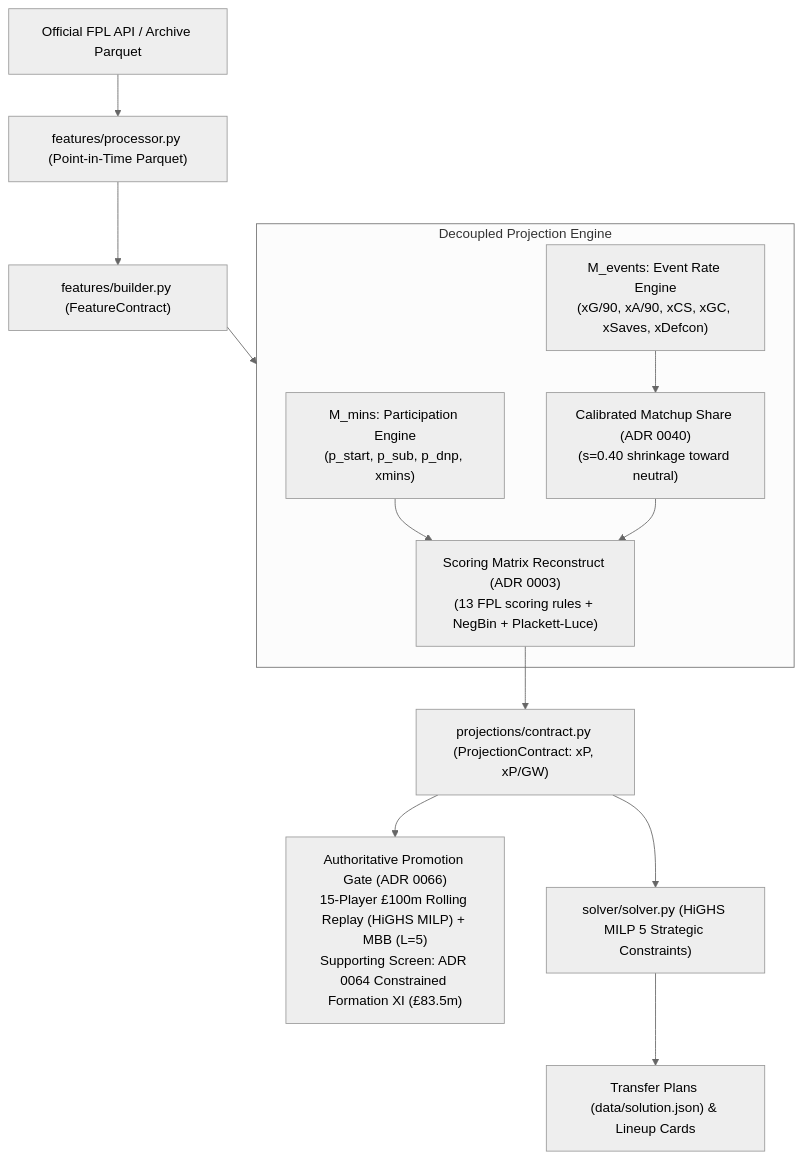
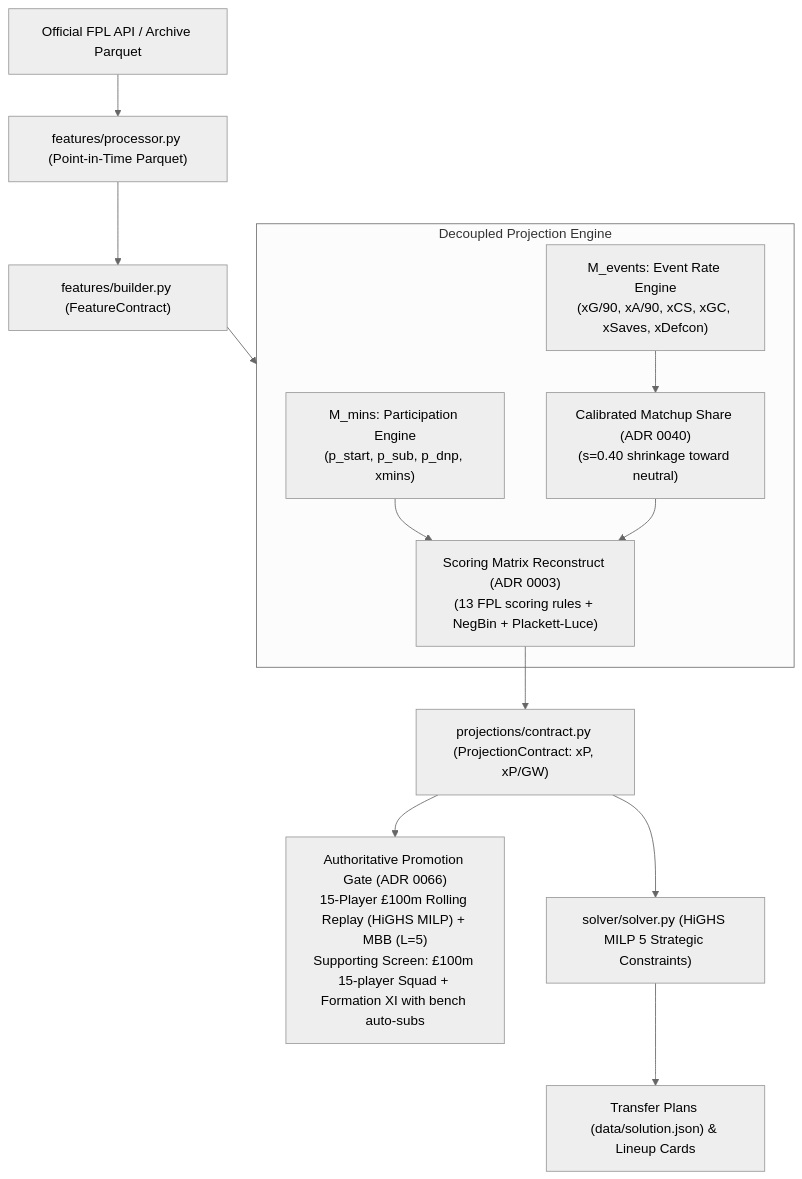
The diagram in docs/research/candidate-ideation/candidate_model_ideation_prompt.md (JubileeZ/fpl-jubilee-ascent), drawn with Mermaid (neutral theme) before and after one commit. The commit also changed other lines of this file and 25 other files, not shown here.

````diff
--- a/docs/research/candidate-ideation/candidate_model_ideation_prompt.md
+++ b/docs/research/candidate-ideation/candidate_model_ideation_prompt.md
@@ -167,21 +167,21 @@
 ```mermaid
 flowchart TD
     API["Official FPL API / Archive Parquet"] --> Processor["features/processor.py (Point-in-Time Parquet)"]
     Processor --> Features["features/builder.py (FeatureContract)"]
     Features --> Decoupled["Decoupled Projection Architecture"]
     
     subgraph Decoupled ["Decoupled Projection Engine"]
         Mins["M_mins: Participation Engine\n(p_start, p_sub, p_dnp, xmins)"]
         Events["M_events: Event Rate Engine\n(xG/90, xA/90, xCS, xGC, xSaves, xDefcon)"]
         Matchup["Calibrated Matchup Share (ADR 0040)\n(s=0.40 shrinkage toward neutral)"]
         Matrix["Scoring Matrix Reconstruct (ADR 0003)\n(13 FPL scoring rules + NegBin + Plackett-Luce)"]
         
         Mins --> Matrix
         Events --> Matchup --> Matrix
     end
     
     Matrix --> Contract["projections/contract.py (ProjectionContract: xP, xP/GW)"]
-    Contract --> Gate["Authoritative Promotion Gate (ADR 0066)\n15-Player £100m Rolling Replay (HiGHS MILP) + MBB (L=5)\nSupporting Screen: ADR 0064 Constrained Formation XI (£83.5m)"]
+    Contract --> Gate["Authoritative Promotion Gate (ADR 0066)\n15-Player £100m Rolling Replay (HiGHS MILP) + MBB (L=5)\nSupporting Screen: £100m 15-player Squad + Formation XI with bench auto-subs"]
     Contract --> Solver["solver/solver.py (HiGHS MILP 5 Strategic Constraints)"]
     Solver --> Output["Transfer Plans (data/solution.json) & Lineup Cards"]
 ```
````
